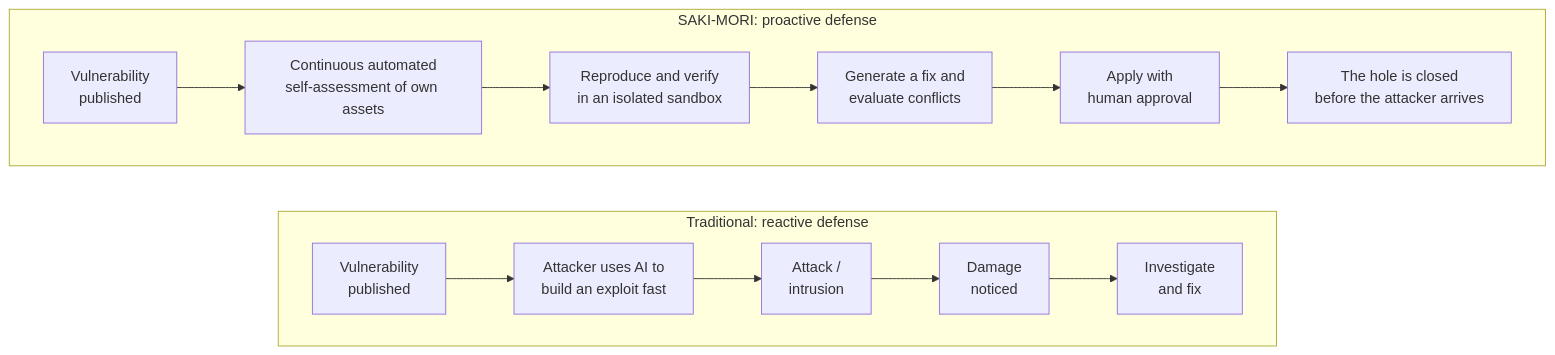
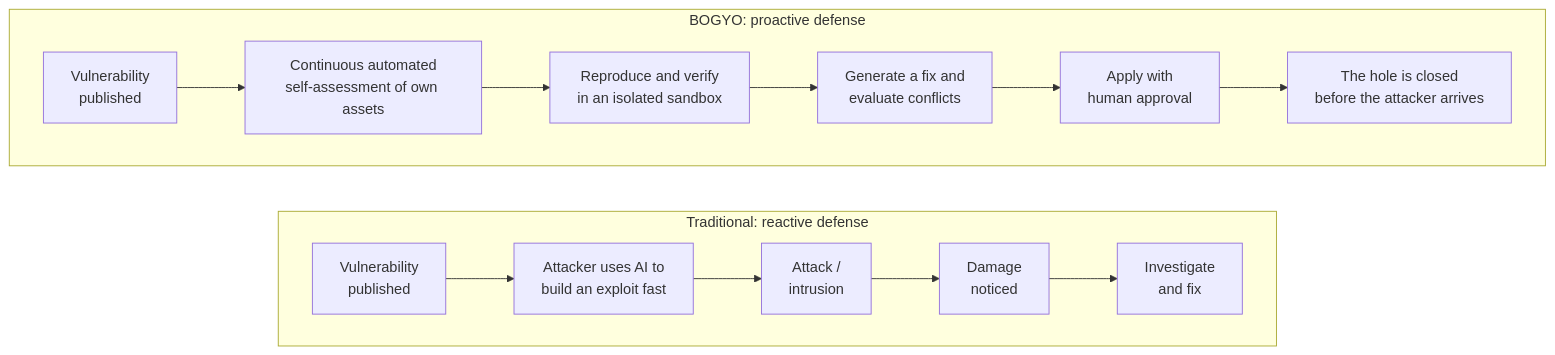
The first of 15 diagrams in docs/publication/01_concept-and-architecture.md (Hirasawakazumaz/BOGYO), drawn with Mermaid before and after one commit. The commit also changed other lines of this file and 30 other files, not shown here.

````diff
--- a/docs/publication/01_concept-and-architecture.md
+++ b/docs/publication/01_concept-and-architecture.md
@@ -42,18 +42,18 @@
 ```mermaid
 flowchart LR
     subgraph OLD["Traditional: reactive defense"]
         direction LR
         A1["Vulnerability<br/>published"] --> A2["Attacker uses AI to<br/>build an exploit fast"]
         A2 --> A3["Attack /<br/>intrusion"]
         A3 --> A4["Damage<br/>noticed"]
         A4 --> A5["Investigate<br/>and fix"]
     end
-    subgraph NEW["SAKI-MORI: proactive defense"]
+    subgraph NEW["BOGYO: proactive defense"]
         direction LR
         B1["Vulnerability<br/>published"] --> B2["Continuous automated<br/>self-assessment of own assets"]
         B2 --> B3["Reproduce and verify<br/>in an isolated sandbox"]
         B3 --> B4["Generate a fix and<br/>evaluate conflicts"]
         B4 --> B5["Apply with<br/>human approval"]
         B5 --> B6["The hole is closed<br/>before the attacker arrives"]
     end
 ```
````
